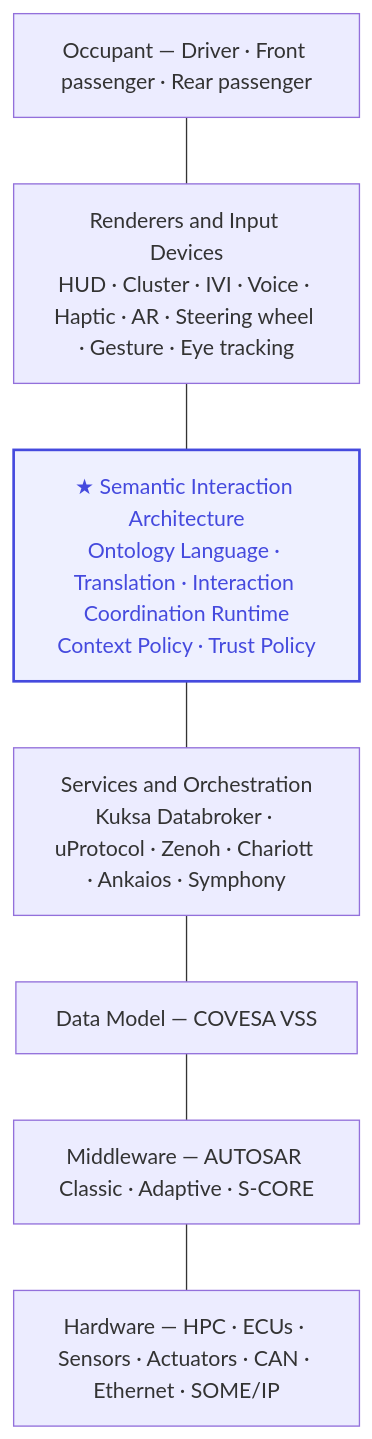
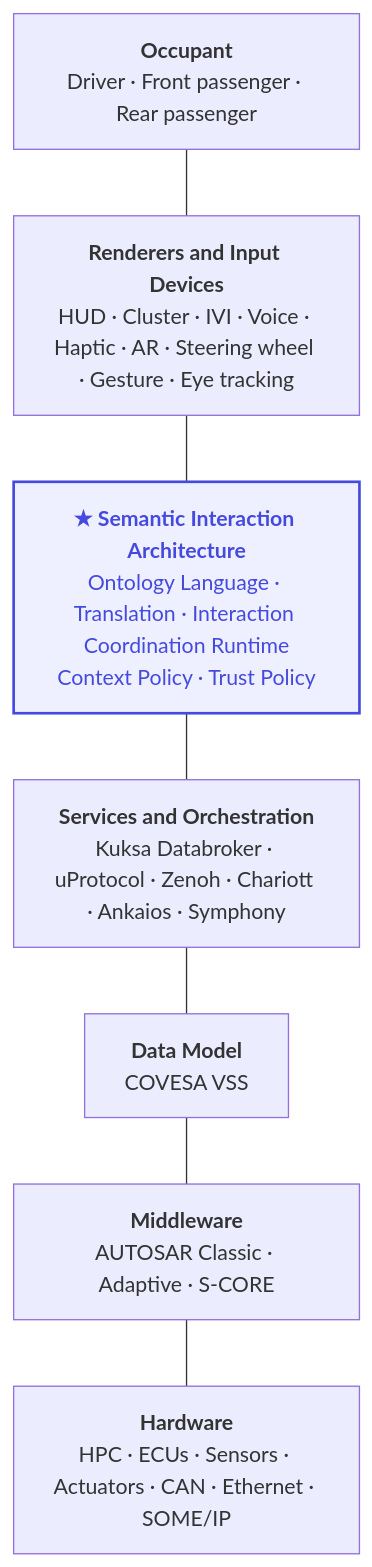
One commit to yaneczech/SIA changed the first of 3 diagrams in 01_Semantic-Interaction-Architecture-sdv.md. Above: the diagram before and after it, drawn with Mermaid. The commit also changed other lines of this file and 13 other files, not shown here.

````diff
--- a/01_Semantic-Interaction-Architecture-sdv.md
+++ b/01_Semantic-Interaction-Architecture-sdv.md
@@ -60,19 +60,19 @@
 ```mermaid
 graph TB
-    OCC["Occupant — Driver · Front passenger · Rear passenger"]
-    HMI["Renderers and Input Devices\nHUD · Cluster · IVI · Voice · Haptic · AR · Steering wheel · Gesture · Eye tracking"]
-    SIA["★ Semantic Interaction Architecture\nOntology Language · Translation · Interaction Coordination Runtime\nContext Policy · Trust Policy"]
-    SVC["Services and Orchestration\nKuksa Databroker · uProtocol · Zenoh · Chariott · Ankaios · Symphony"]
-    DAT["Data Model — COVESA VSS"]
-    MW["Middleware — AUTOSAR Classic · Adaptive · S-CORE"]
-    HW["Hardware — HPC · ECUs · Sensors · Actuators · CAN · Ethernet · SOME/IP"]
+    OCC["<b>Occupant</b><br/>Driver · Front passenger · Rear passenger"]
+    HMI["<b>Renderers and Input Devices</b><br/>HUD · Cluster · IVI · Voice · Haptic · AR · Steering wheel · Gesture · Eye tracking"]
+    SIA["<b>★ Semantic Interaction Architecture</b><br/>Ontology Language · Translation · Interaction Coordination Runtime<br/>Context Policy · Trust Policy"]
+    SVC["<b>Services and Orchestration</b><br/>Kuksa Databroker · uProtocol · Zenoh · Chariott · Ankaios · Symphony"]
+    DAT["<b>Data Model</b><br/>COVESA VSS"]
+    MW["<b>Middleware</b><br/>AUTOSAR Classic · Adaptive · S-CORE"]
+    HW["<b>Hardware</b><br/>HPC · ECUs · Sensors · Actuators · CAN · Ethernet · SOME/IP"]
 
     OCC --- HMI
     HMI --- SIA
     SIA --- SVC
     SVC --- DAT
     DAT --- MW
     MW --- HW
 
     style SIA fill:#eef0ff,stroke:#454ADE,stroke-width:2px,color:#454ADE
 ```
````
